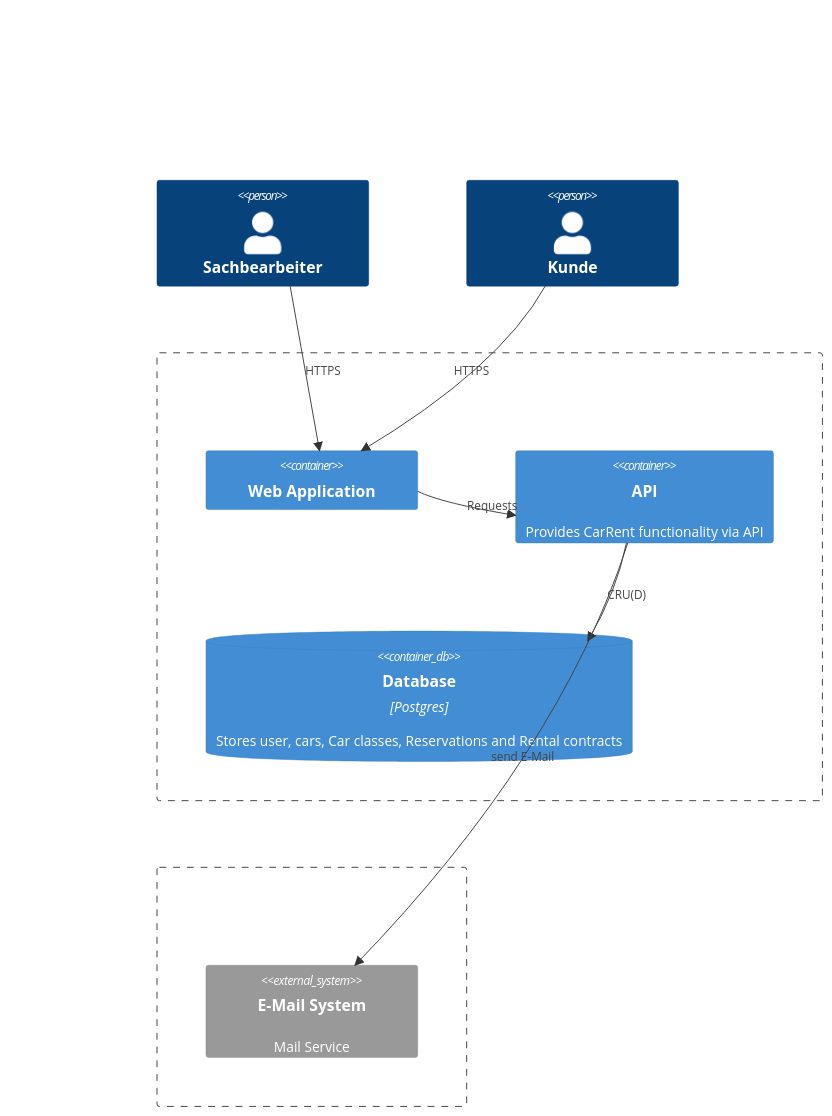
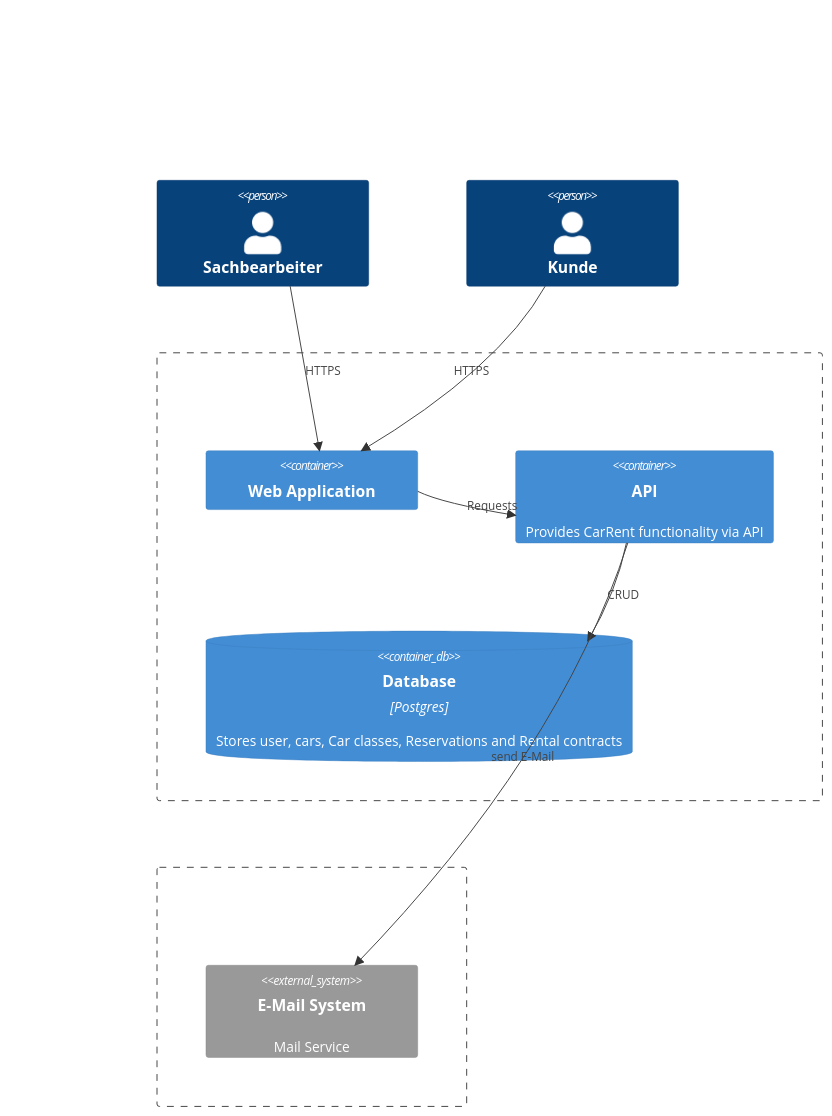
One commit to tsolenthaler/zbw-sad-carrent2124 changed the second of 4 diagrams in README.md. Above: the diagram before and after it, drawn with Mermaid. The commit also changed other lines of this file, not shown here.

````diff
--- a/README.md
+++ b/README.md
@@ -27,23 +27,23 @@
 ```mermaid
 C4Container
     Person(Sachbearbeiter, "Sachbearbeiter")
     Person(Kunde, "Kunde")
 
     Boundary(CarRent, "", "") {
         Container(webapp, "Web Application", "", "")
         Container(api, "API", "", "Provides CarRent functionality via API")
         ContainerDb(database, "Database", "Postgres", "Stores user, cars, Car classes, Reservations and Rental contracts")
     }
 
     Boundary(b2, "", "") {
         System_Ext(MailSystem, "E-Mail System", "Mail Service")
     }
 
     Rel(Sachbearbeiter, webapp, "HTTPS")
     Rel(Kunde, webapp, "HTTPS")
     Rel(webapp, api, "Requests")
-    Rel(api, database, "CRU(D)")
+    Rel(api, database, "CRUD")
     Rel(api, MailSystem, "send E-Mail")
 
     UpdateLayoutConfig($c4ShapeInRow="2", $c4BoundaryInRow="1")
 ```
````
